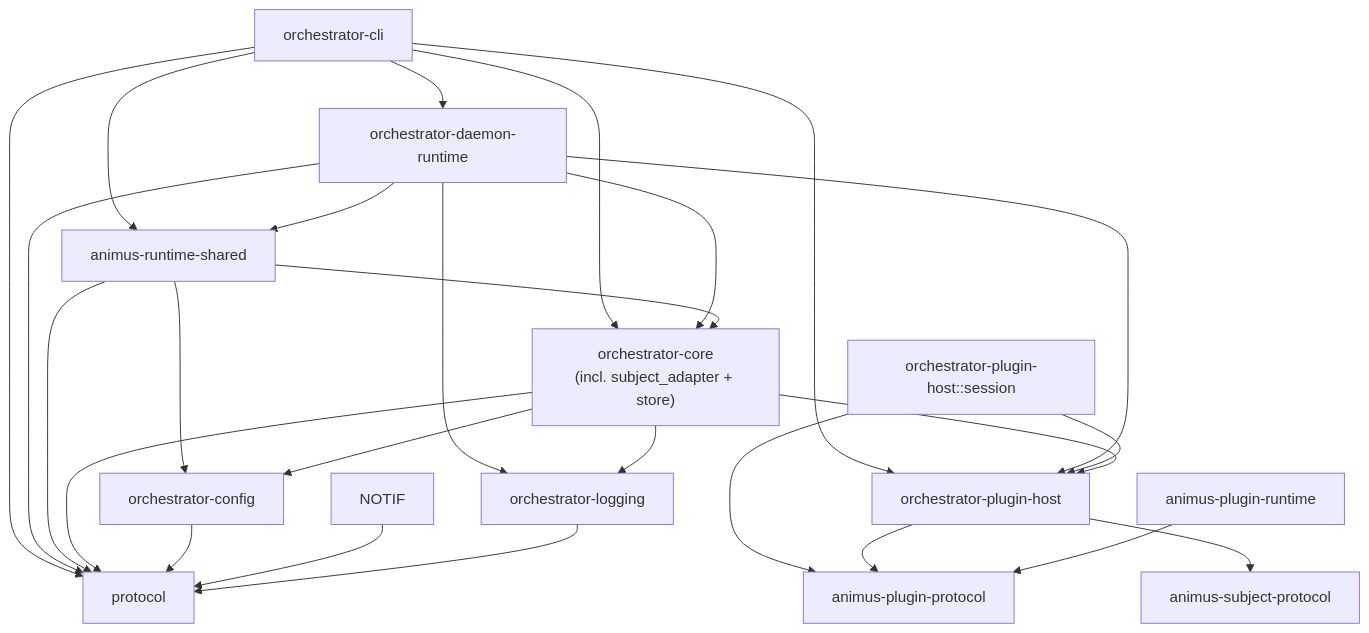
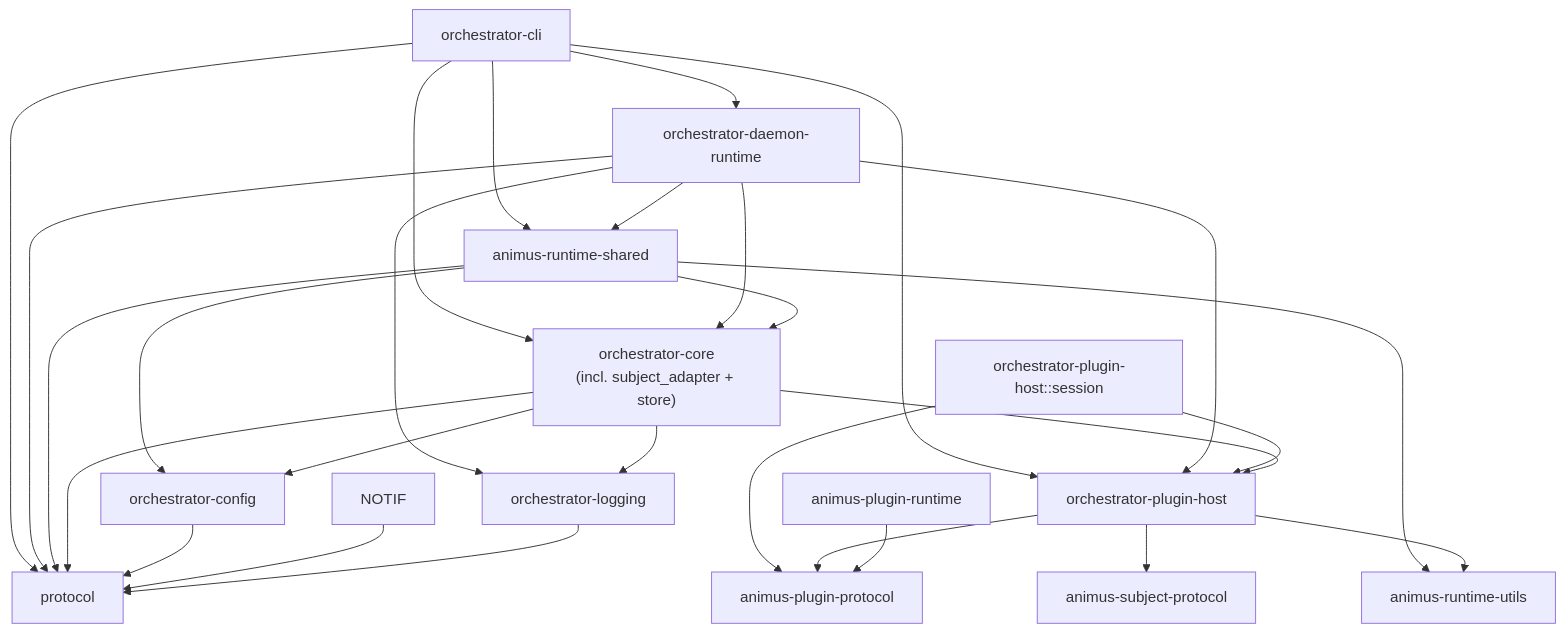
One commit to launchapp-dev/animus-cli changed the first of 2 diagrams in docs/architecture/index.md. Above: the diagram before and after it, drawn with Mermaid. The commit also changed other lines of this file and 19 other files, not shown here.

````diff
--- a/docs/architecture/index.md
+++ b/docs/architecture/index.md
@@ -25,48 +25,51 @@
 ```mermaid
 graph TD
     CLI[orchestrator-cli]
     CORE["orchestrator-core<br/>(incl. subject_adapter + store)"]
     PROTO[protocol]
     CONFIG[orchestrator-config]
     DAEMON[orchestrator-daemon-runtime]
     WR[animus-runtime-shared]
+    RUNTIME_UTILS[animus-runtime-utils]
     SESSION["orchestrator-plugin-host::session"]
     PLUGIN_HOST[orchestrator-plugin-host]
     PLUGIN_PROTO[animus-plugin-protocol]
     PLUGIN_RUNTIME[animus-plugin-runtime]
     SUBJECT_PROTO[animus-subject-protocol]
     LOG[orchestrator-logging]
 
     CLI --> CORE
     CLI --> DAEMON
     CLI --> WR
     CLI --> PLUGIN_HOST
     CLI --> PROTO
 
     DAEMON --> CORE
     DAEMON --> WR
     DAEMON --> PLUGIN_HOST
     DAEMON --> LOG
     DAEMON --> PROTO
 
     WR --> CORE
     WR --> CONFIG
     WR --> PROTO
+    WR --> RUNTIME_UTILS
 
     SESSION --> PLUGIN_HOST
     SESSION --> PLUGIN_PROTO
 
     PLUGIN_HOST --> PLUGIN_PROTO
     PLUGIN_HOST --> SUBJECT_PROTO
+    PLUGIN_HOST --> RUNTIME_UTILS
 
     CORE --> CONFIG
     CORE --> LOG
     CORE --> PLUGIN_HOST
     CORE --> PROTO
 
     CONFIG --> PROTO
     NOTIF --> PROTO
     LOG --> PROTO
 
     PLUGIN_RUNTIME --> PLUGIN_PROTO
 ```
````
